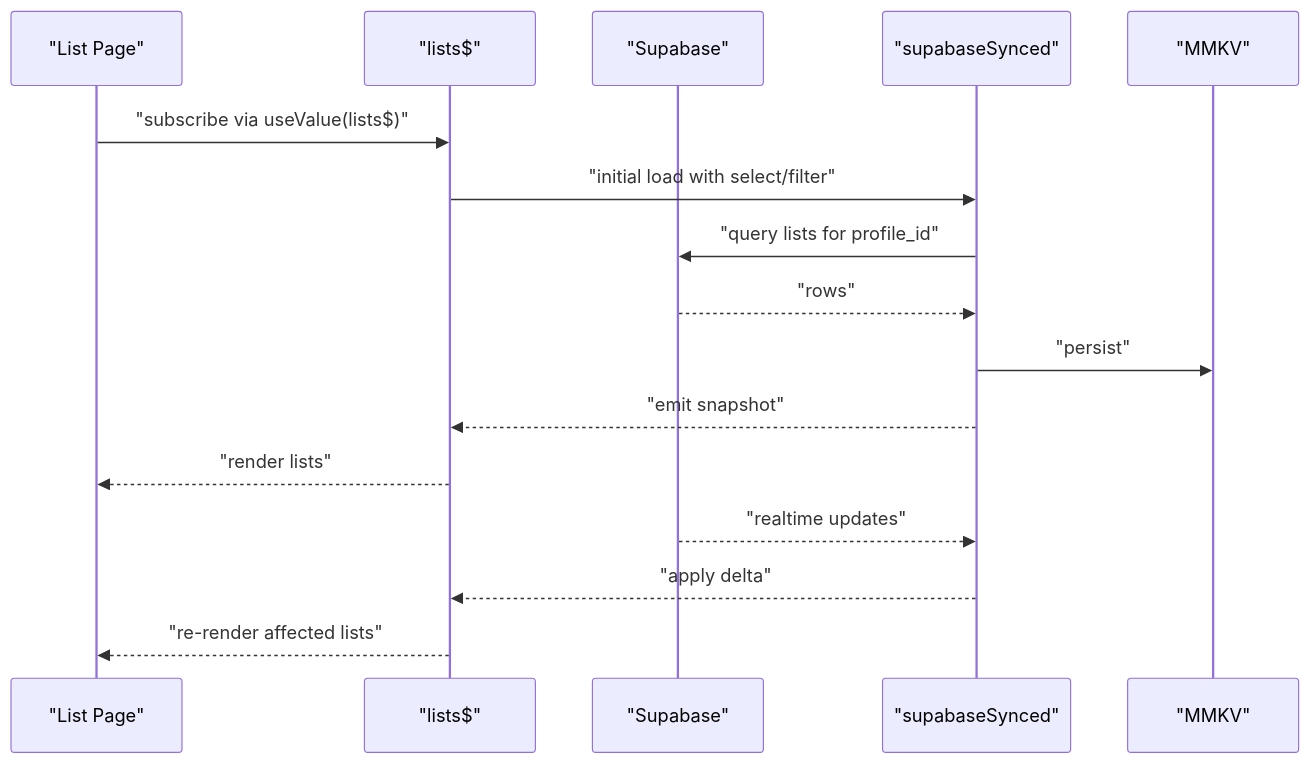
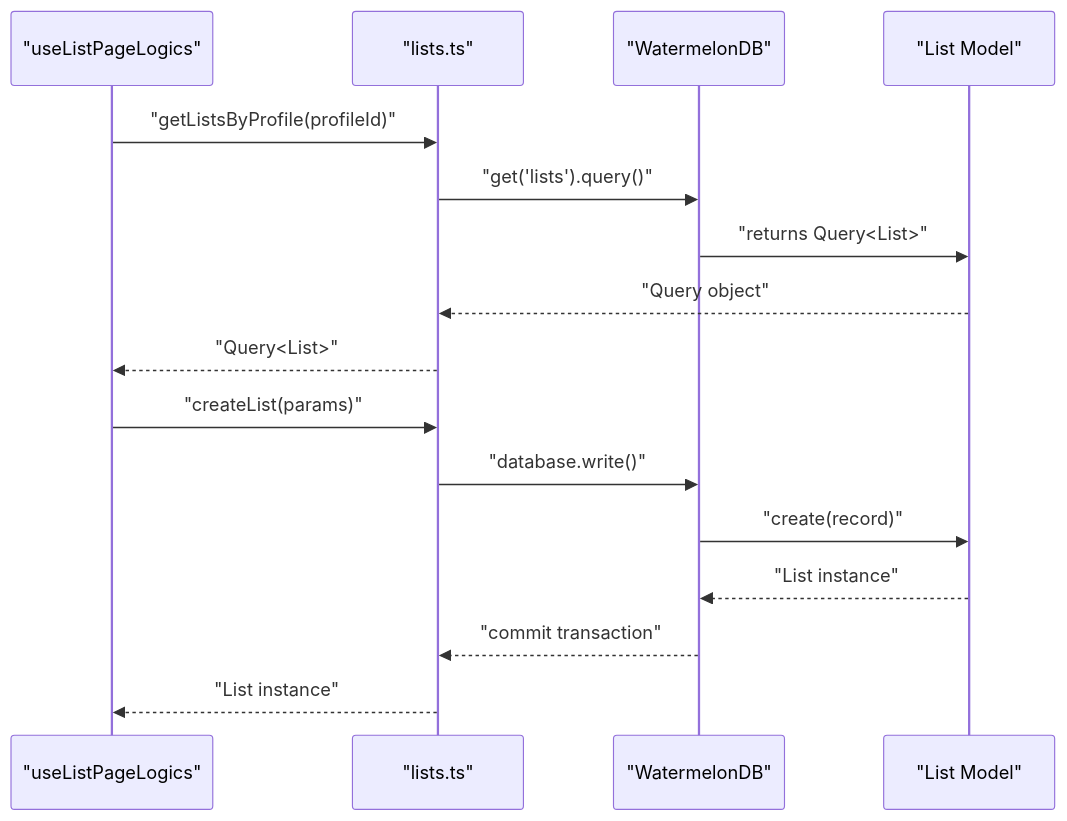
One commit to karllasouzza/PowerLists changed the fifth of 7 diagrams in .qoder/repowiki/en/content/State Management Architecture/LegendAppState Core System.md. Above: the diagram before and after it, drawn with Mermaid. The commit also changed other lines of this file and 5 other files, not shown here.

First line of the commit message:
docs(database): add comprehensive WatermelonDB integration and migrate state management

````diff
--- a/.qoder/repowiki/en/content/State Management Architecture/LegendAppState Core System.md
+++ b/.qoder/repowiki/en/content/State Management Architecture/LegendAppState Core System.md
@@ -184,18 +303,18 @@
 ```mermaid
 sequenceDiagram
-participant Comp as "List Page"
-participant Lists as "lists$"
-participant DB as "Supabase"
-participant Sync as "supabaseSynced"
-participant Store as "MMKV"
-Comp->>Lists : "subscribe via useValue(lists$)"
-Lists->>Sync : "initial load with select/filter"
-Sync->>DB : "query lists for profile_id"
-DB-->>Sync : "rows"
-Sync->>Store : "persist"
-Sync-->>Lists : "emit snapshot"
-Lists-->>Comp : "render lists"
-DB-->>Sync : "realtime updates"
-Sync-->>Lists : "apply delta"
-Lists-->>Comp : "re-render affected lists"
+participant Hook as "useListPageLogics"
+participant Op as "lists.ts"
+participant DB as "WatermelonDB"
+participant Model as "List Model"
+Hook->>Op : "getListsByProfile(profileId)"
+Op->>DB : "get('lists').query()"
+DB->>Model : "returns Query<List>"
+Model-->>Op : "Query object"
+Op-->>Hook : "Query<List>"
+Hook->>Op : "createList(params)"
+Op->>DB : "database.write()"
+DB->>Model : "create(record)"
+Model-->>DB : "List instance"
+DB-->>Op : "commit transaction"
+Op-->>Hook : "List instance"
 ```
````
